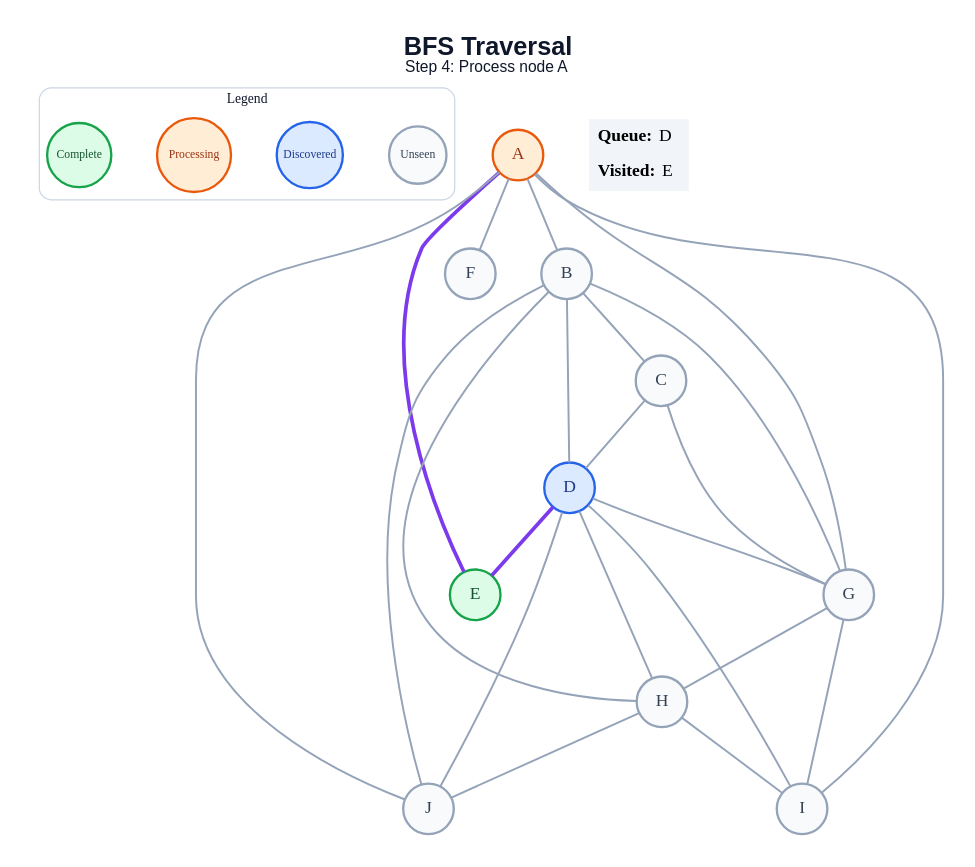
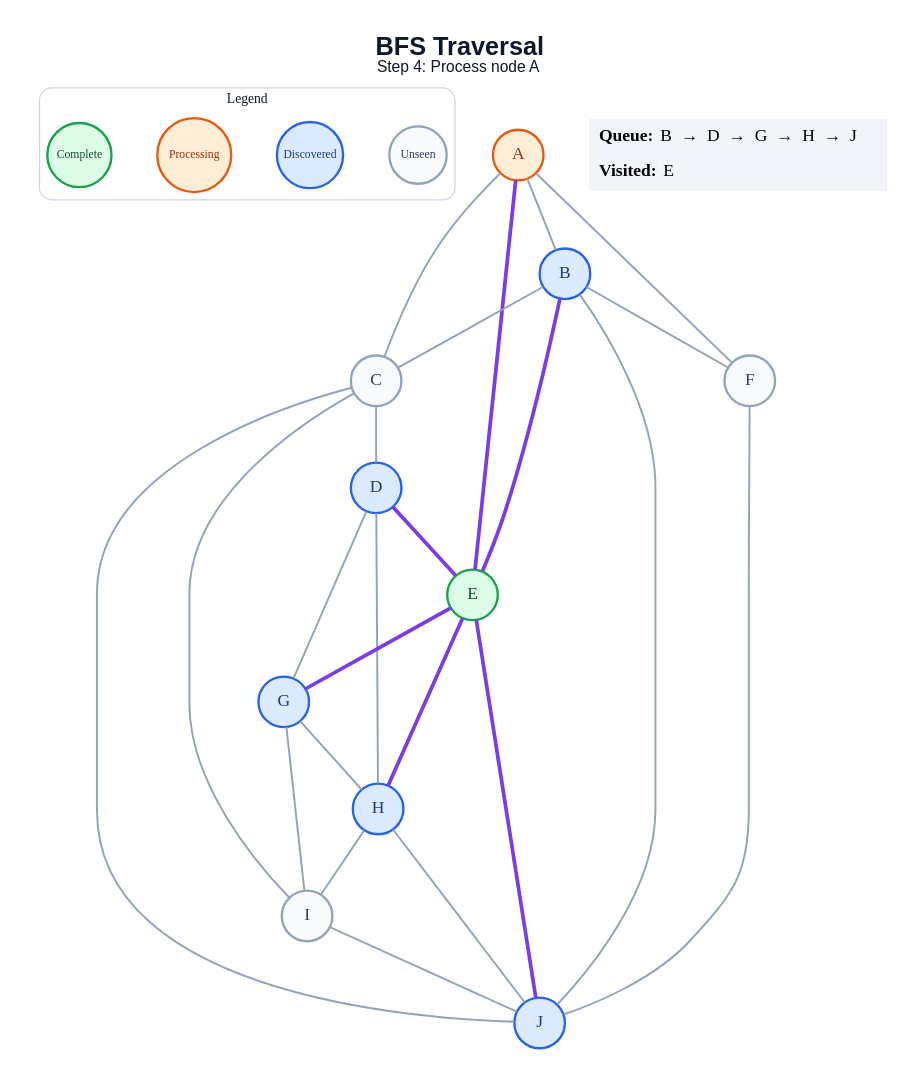
One commit to amanghodawala9/ai-slop changed the diagram in generated/specific-node/bfs/step_04.dot. Above: the diagram before and after it, drawn with Graphviz. The commit also changed 178 other files, not shown here.

```diff
--- a/generated/specific-node/bfs/step_04.dot
+++ b/generated/specific-node/bfs/step_04.dot
@@ -1,51 +1,52 @@
 graph traversal {
   graph [layout=dot, rankdir=TB, bgcolor="#FFFFFF", pad="0.35", nodesep="0.65", ranksep="0.8", fontname="Arial"];
   node [shape=circle, style="filled", fontname="Arial Bold", fontsize=18, width=0.72, fixedsize=true, penwidth=2.4];
   edge [color="#94A3B8", penwidth=2.0];
   label=<<B>BFS Traversal</B><BR/><FONT POINT-SIZE="16">Step 4: Process node A</FONT>>; labelloc="t"; fontsize=26; fontname="Arial"; fontcolor="#0F172A";
   subgraph cluster_legend { label="Legend"; color="#CBD5E1"; penwidth=1.2; style="rounded"; fontsize=14; fontname="Arial Bold";
     key_unseen [label="Unseen", fillcolor="#F8FAFC", color="#94A3B8", fontcolor="#334155", fontsize=12, width=0.82];
     key_frontier [label="Discovered", fillcolor="#DBEAFE", color="#2563EB", fontcolor="#1E3A8A", fontsize=12, width=0.95];
     key_current [label="Processing", fillcolor="#FFEDD5", color="#EA580C", fontcolor="#9A3412", fontsize=12, width=1.05];
     key_done [label="Complete", fillcolor="#DCFCE7", color="#16A34A", fontcolor="#14532D", fontsize=12, width=0.92];
     { rank=same; key_unseen; key_frontier; key_current; key_done; }
   }
   A [fillcolor="#FFEDD5", color="#EA580C", fontcolor="#9A3412"];
-  B [fillcolor="#F8FAFC", color="#94A3B8", fontcolor="#334155"];
+  B [fillcolor="#DBEAFE", color="#2563EB", fontcolor="#1E3A8A"];
   C [fillcolor="#F8FAFC", color="#94A3B8", fontcolor="#334155"];
   D [fillcolor="#DBEAFE", color="#2563EB", fontcolor="#1E3A8A"];
   E [fillcolor="#DCFCE7", color="#16A34A", fontcolor="#14532D"];
   F [fillcolor="#F8FAFC", color="#94A3B8", fontcolor="#334155"];
-  G [fillcolor="#F8FAFC", color="#94A3B8", fontcolor="#334155"];
-  H [fillcolor="#F8FAFC", color="#94A3B8", fontcolor="#334155"];
+  G [fillcolor="#DBEAFE", color="#2563EB", fontcolor="#1E3A8A"];
+  H [fillcolor="#DBEAFE", color="#2563EB", fontcolor="#1E3A8A"];
   I [fillcolor="#F8FAFC", color="#94A3B8", fontcolor="#334155"];
-  J [fillcolor="#F8FAFC", color="#94A3B8", fontcolor="#334155"];
+  J [fillcolor="#DBEAFE", color="#2563EB", fontcolor="#1E3A8A"];
   A -- B;
+  A -- C;
   A -- E [color="#7C3AED", penwidth=3.8];
   A -- F;
-  A -- G;
-  A -- I;
-  A -- J;
   B -- C;
-  B -- D;
-  B -- G;
-  B -- H;
+  B -- E [color="#7C3AED", penwidth=3.8];
+  B -- F;
   B -- J;
   C -- D;
-  C -- G;
+  C -- I;
+  C -- J;
   D -- E [color="#7C3AED", penwidth=3.8];
   D -- G;
   D -- H;
-  D -- I;
-  D -- J;
+  E -- G [color="#7C3AED", penwidth=3.8];
+  E -- H [color="#7C3AED", penwidth=3.8];
+  E -- J [color="#7C3AED", penwidth=3.8];
+  F -- J;
   G -- H;
   G -- I;
   H -- I;
   H -- J;
+  I -- J;
   status [shape=plain, fixedsize=false, width=0, height=0, margin=0, label=<
     <TABLE BORDER="0" CELLBORDER="0" CELLPADDING="7" BGCOLOR="#F1F5F9">
-      <TR><TD ALIGN="LEFT"><B>Queue:</B> D</TD></TR>
+      <TR><TD ALIGN="LEFT"><B>Queue:</B> B  →  D  →  G  →  H  →  J</TD></TR>
       <TR><TD ALIGN="LEFT"><B>Visited:</B> E</TD></TR>
     </TABLE>
   >];
 }
```
